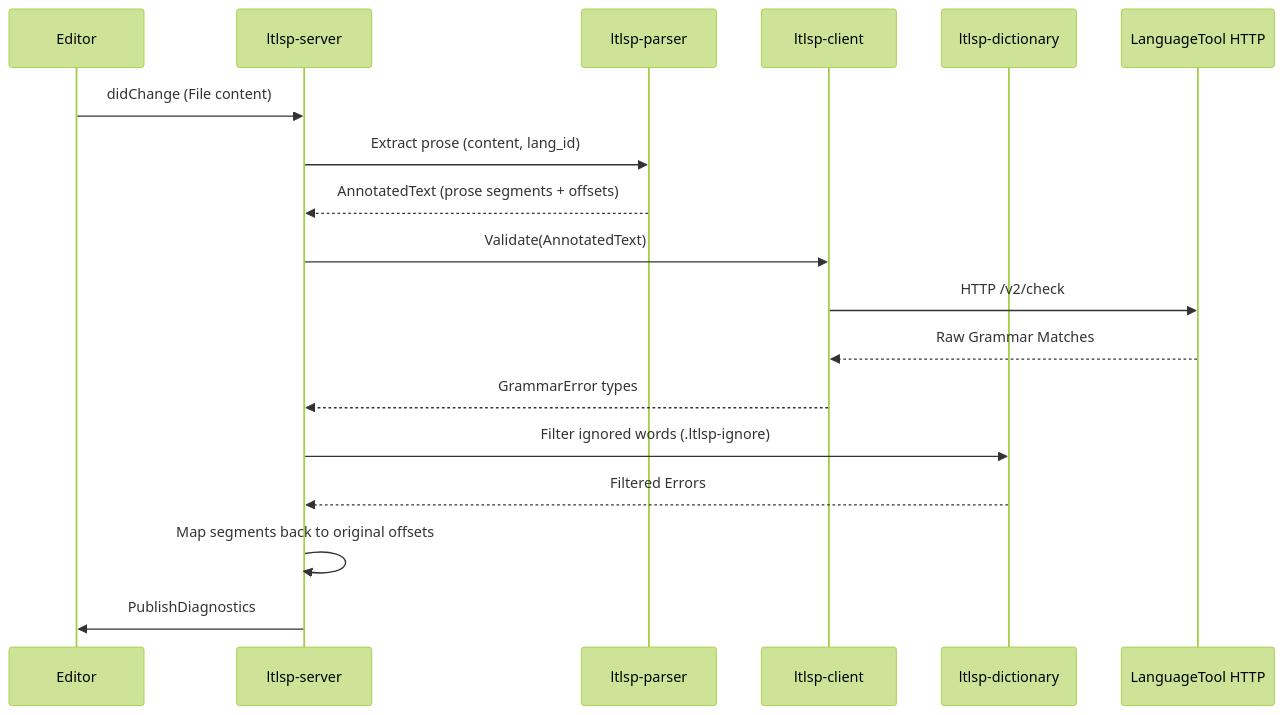
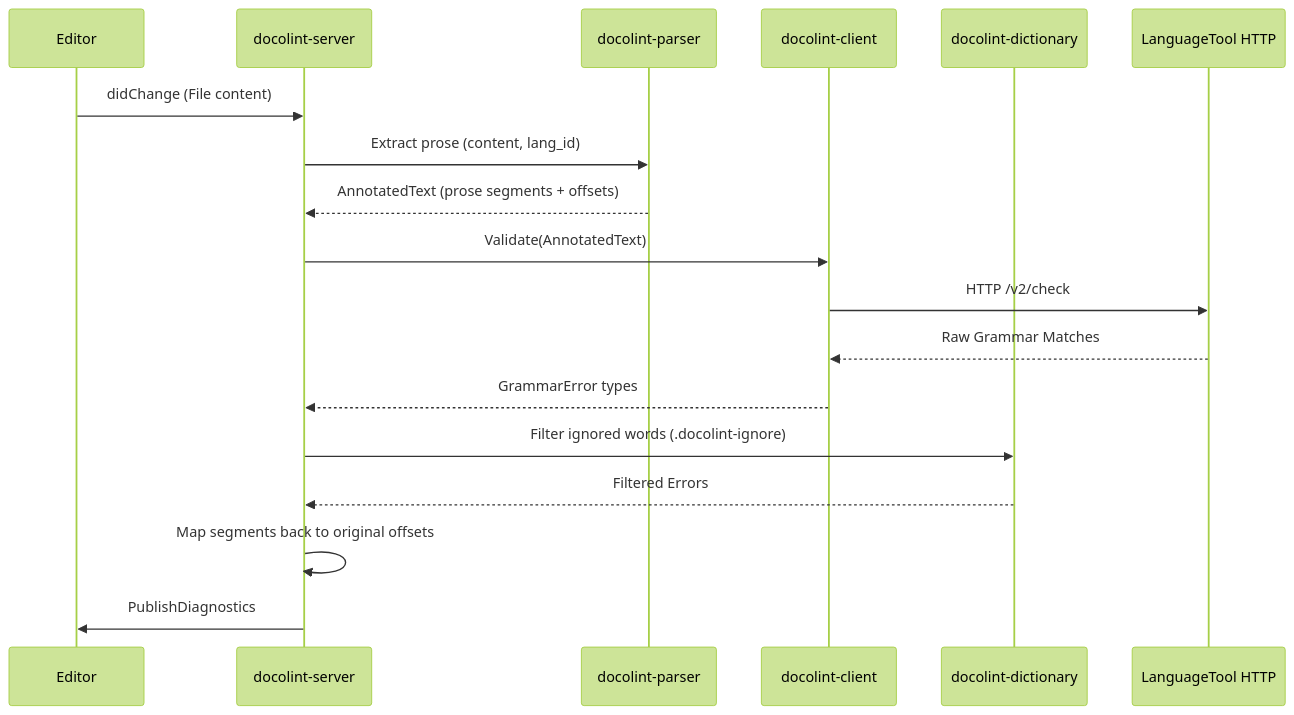
Before and after one commit to garrickwelsh/docolint: the diagram in ARCHITECTURE.md, drawn with Mermaid (forest theme). The commit also changed other lines of this file and 20 other files, not shown here.

First line of the commit message:
chore: rename project from ltlsp to docolint

````diff
--- a/ARCHITECTURE.md
+++ b/ARCHITECTURE.md
@@ -10,21 +10,21 @@
 ```mermaid
 sequenceDiagram
     participant Editor
-    participant Server as ltlsp-server
-    participant Parser as ltlsp-parser
-    participant Client as ltlsp-client
-    participant Dict as ltlsp-dictionary
+    participant Server as docolint-server
+    participant Parser as docolint-parser
+    participant Client as docolint-client
+    participant Dict as docolint-dictionary
     participant LT as LanguageTool HTTP
 
     Editor->>Server: didChange (File content)
     Server->>Parser: Extract prose (content, lang_id)
     Parser-->>Server: AnnotatedText (prose segments + offsets)
     Server->>Client: Validate(AnnotatedText)
     Client->>LT: HTTP /v2/check
     LT-->>Client: Raw Grammar Matches
     Client-->>Server: GrammarError types
-    Server->>Dict: Filter ignored words (.ltlsp-ignore)
+    Server->>Dict: Filter ignored words (.docolint-ignore)
     Dict-->>Server: Filtered Errors
     Server->>Server: Map segments back to original offsets
     Server->>Editor: PublishDiagnostics
 ```
````
